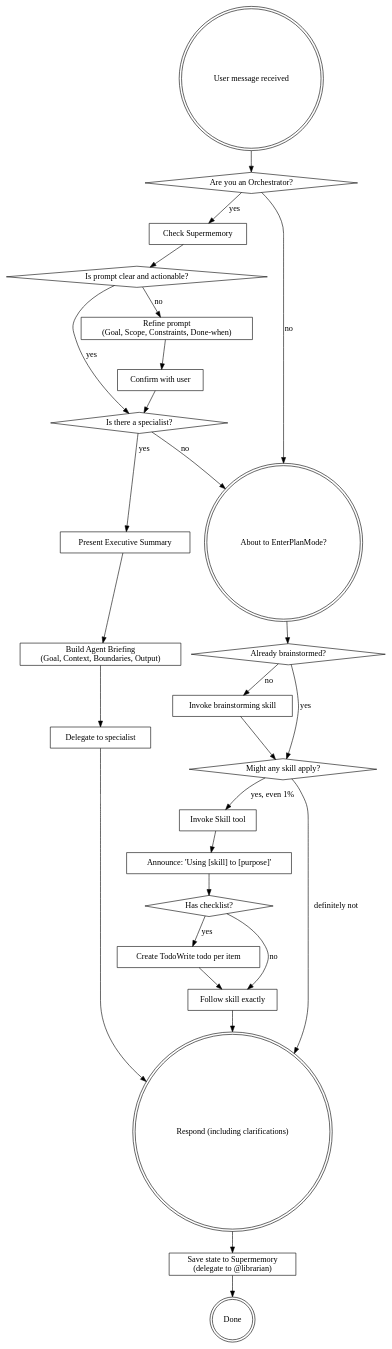
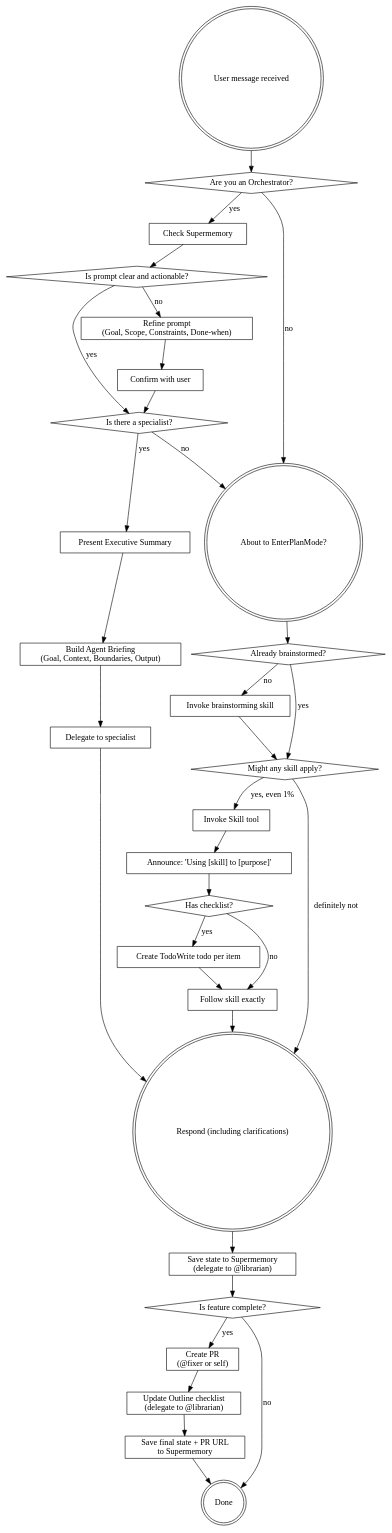
The diagram in skills/using-superpowers/SKILL.md (helmiatwork/superpowers), drawn with Graphviz before and after one commit. The commit also changed other lines of this file, not shown here.

````diff
--- a/skills/using-superpowers/SKILL.md
+++ b/skills/using-superpowers/SKILL.md
@@ -240,6 +273,10 @@
     // Completion
     "Respond (including clarifications)" [shape=doublecircle];
     "Save state to Supermemory\n(delegate to @librarian)" [shape=box];
+    "Is feature complete?" [shape=diamond];
+    "Create PR\n(@fixer or self)" [shape=box];
+    "Update Outline checklist\n(delegate to @librarian)" [shape=box];
+    "Save final state + PR URL\nto Supermemory" [shape=box];
     "Done" [shape=doublecircle];
 
     // Prompt Refinement Gate
@@ -282,6 +319,11 @@
 
     // State persistence on completion
     "Respond (including clarifications)" -> "Save state to Supermemory\n(delegate to @librarian)";
-    "Save state to Supermemory\n(delegate to @librarian)" -> "Done";
+    "Save state to Supermemory\n(delegate to @librarian)" -> "Is feature complete?";
+    "Is feature complete?" -> "Create PR\n(@fixer or self)" [label="yes"];
+    "Is feature complete?" -> "Done" [label="no"];
+    "Create PR\n(@fixer or self)" -> "Update Outline checklist\n(delegate to @librarian)";
+    "Update Outline checklist\n(delegate to @librarian)" -> "Save final state + PR URL\nto Supermemory";
+    "Save final state + PR URL\nto Supermemory" -> "Done";
 }
 ```
````
